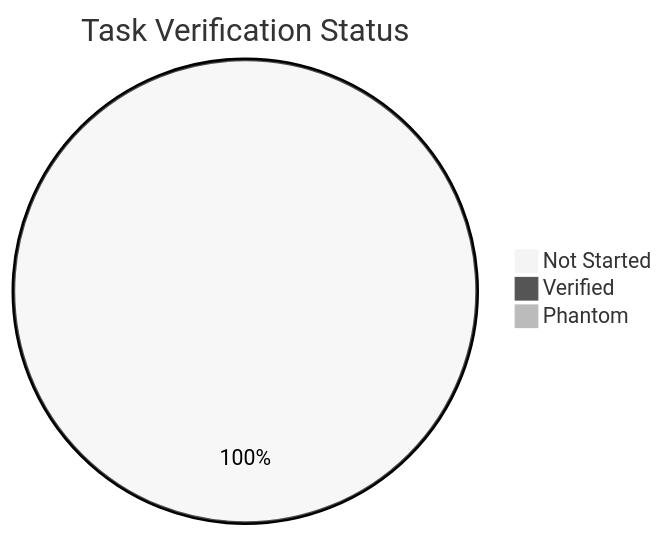
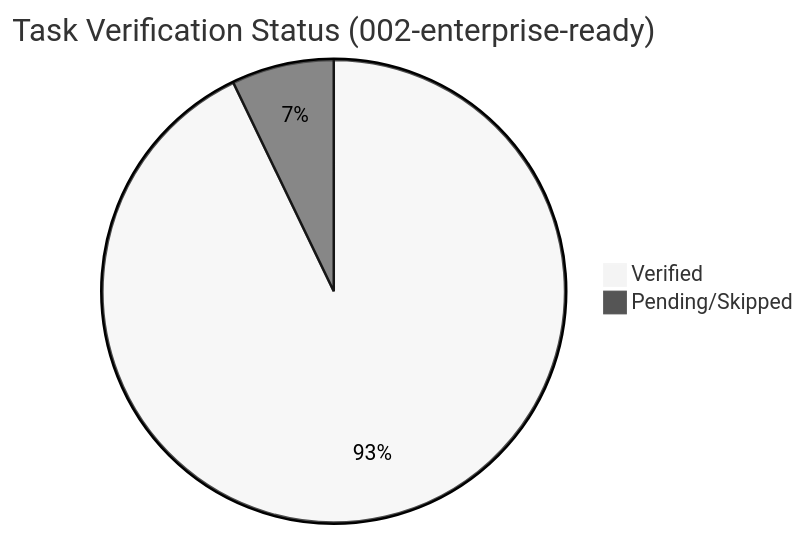
The diagram in SDD/specs/002-enterprise-ready/VERIFICATION.md (paulasilvatech/specky), drawn with Mermaid (neutral theme) before and after one commit. The commit also changed other lines of this file and 42 other files, not shown here.

````diff
--- a/SDD/specs/002-enterprise-ready/VERIFICATION.md
+++ b/SDD/specs/002-enterprise-ready/VERIFICATION.md
@@ -116,6 +136,5 @@
 ```mermaid
-pie title Task Verification Status
-    "Not Started" : 56
-    "Verified" : 0
-    "Phantom" : 0
+pie title Task Verification Status (002-enterprise-ready)
+    "Verified" : 52
+    "Pending/Skipped" : 4
 ```
````
